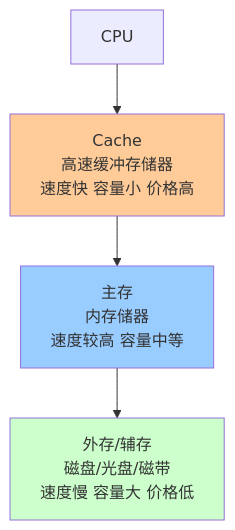
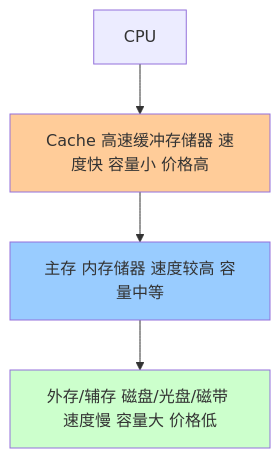
Before and after one commit to gilismael826-lgtm/course: the first of 3 diagrams in 计算机组成原理/notes/章节笔记/第3章-存储系统/第3章-3.1-存储系统概述.md, drawn with Mermaid. The commit also changed other lines of this file and 28 other files, not shown here.

````diff
--- a/计算机组成原理/notes/章节笔记/第3章-存储系统/第3章-3.1-存储系统概述.md
+++ b/计算机组成原理/notes/章节笔记/第3章-存储系统/第3章-3.1-存储系统概述.md
@@ -44,10 +44,10 @@
 ```mermaid
 flowchart TB
-    CPU["CPU"] --> Cache["Cache<br/>高速缓冲存储器<br/>速度快 容量小 价格高"]
-    Cache --> Main["主存<br/>内存储器<br/>速度较高 容量中等"]
-    Main --> External["外存/辅存<br/>磁盘/光盘/磁带<br/>速度慢 容量大 价格低"]
+    CPU["CPU"] --> Cache["Cache 高速缓冲存储器 速度快 容量小 价格高"]
+    Cache --> Main["主存 内存储器 速度较高 容量中等"]
+    Main --> External["外存/辅存 磁盘/光盘/磁带 速度慢 容量大 价格低"]
     
     style Cache fill:#ffcc99
     style Main fill:#99ccff
     style External fill:#ccffcc
 ```
````
